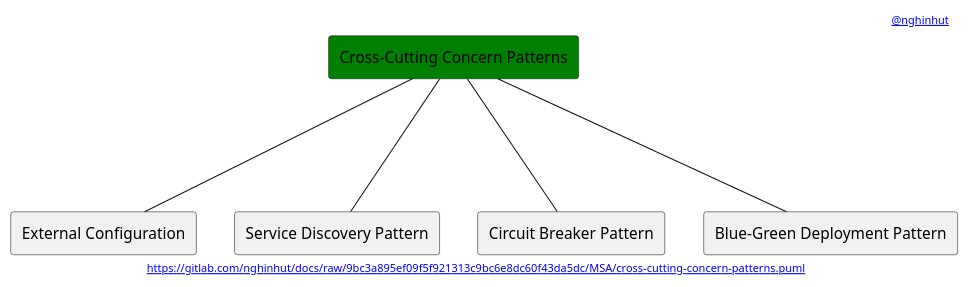
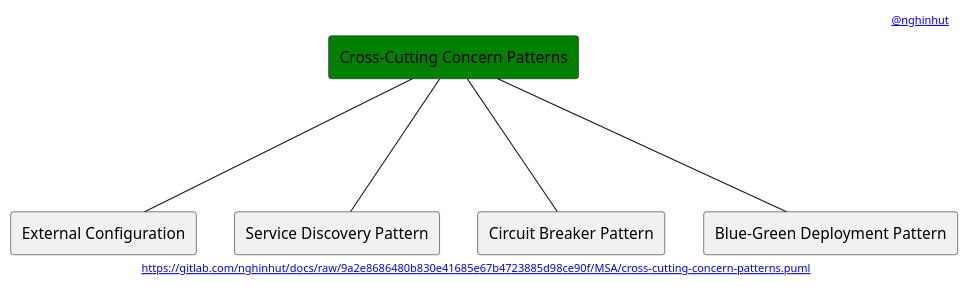
One commit to nghinhut/docs changed the diagram in MSA/cross-cutting-concern-patterns.puml. Above: the diagram before and after it, drawn with PlantUML. The commit also changed 17 other files, not shown here.

Commit message:
Update diagrams

```diff
--- a/MSA/cross-cutting-concern-patterns.puml
+++ b/MSA/cross-cutting-concern-patterns.puml
@@ -1,18 +1,18 @@
 @startuml
 '-----START auto generated metadata please keep comment here to allow auto update-----
 '-----DON'T EDIT THIS SECTION, INSTEAD RE-RUN prebuild.sh TO UPDATE-----
 header [[mailto:nghinhut@gmail.com @nghinhut]]
-footer [[https://gitlab.com/nghinhut/docs/raw/9bc3a895ef09f5f921313c9bc6e8dc60f43da5dc/MSA/cross-cutting-concern-patterns.puml]]
+footer [[https://gitlab.com/nghinhut/docs/raw/9a2e8686480b830e41685e67b4723885d98ce90f/MSA/cross-cutting-concern-patterns.puml]]
 '-----END auto generated metadata please keep comment here to allow auto update-----
 
 rectangle "Cross-Cutting Concern Patterns" as CrossCuttingConcern #green
 
 rectangle "External Configuration" as CrossCuttingConcernP1
 rectangle "Service Discovery Pattern" as CrossCuttingConcernP2
 rectangle "Circuit Breaker Pattern" as CrossCuttingConcernP3
 rectangle "Blue-Green Deployment Pattern" as CrossCuttingConcernP4
 CrossCuttingConcern --- CrossCuttingConcernP1
 CrossCuttingConcern --- CrossCuttingConcernP2
 CrossCuttingConcern --- CrossCuttingConcernP3
 CrossCuttingConcern --- CrossCuttingConcernP4
 @enduml
```
